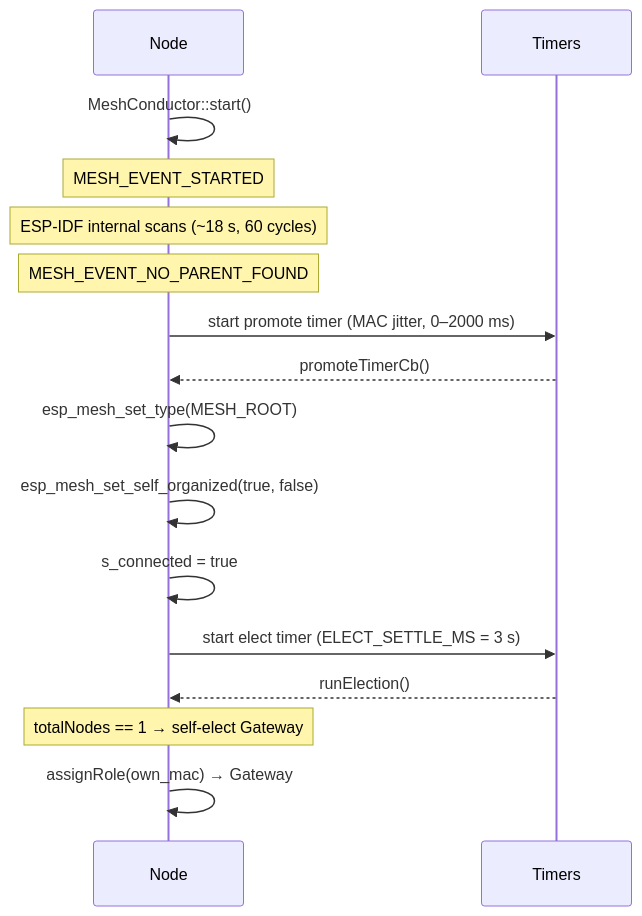
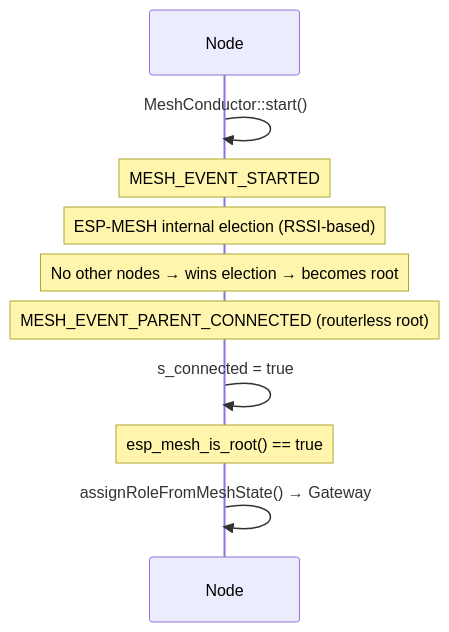
One commit to jlarnal/Squeek changed the first of 5 diagrams in FSD.md. Above: the diagram before and after it, drawn with Mermaid. The commit also changed other lines of this file and 28 other files, not shown here.

````diff
--- a/FSD.md
+++ b/FSD.md
@@ -483,19 +522,13 @@
 ```mermaid
 sequenceDiagram
     participant N as Node
-    participant T as Timers
 
     N->>N: MeshConductor::start()
     Note over N: MESH_EVENT_STARTED
-    Note over N: ESP-IDF internal scans (~18 s, 60 cycles)
-    Note over N: MESH_EVENT_NO_PARENT_FOUND
-    N->>T: start promote timer (MAC jitter, 0–2000 ms)
-    T-->>N: promoteTimerCb()
-    N->>N: esp_mesh_set_type(MESH_ROOT)
-    N->>N: esp_mesh_set_self_organized(true, false)
+    Note over N: ESP-MESH internal election (RSSI-based)
+    Note over N: No other nodes → wins election → becomes root
+    Note over N: MESH_EVENT_PARENT_CONNECTED (routerless root)
     N->>N: s_connected = true
-    N->>T: start elect timer (ELECT_SETTLE_MS = 3 s)
-    T-->>N: runElection()
-    Note over N: totalNodes == 1 → self-elect Gateway
-    N->>N: assignRole(own_mac) → Gateway
+    Note over N: esp_mesh_is_root() == true
+    N->>N: assignRoleFromMeshState() → Gateway
 ```
````
